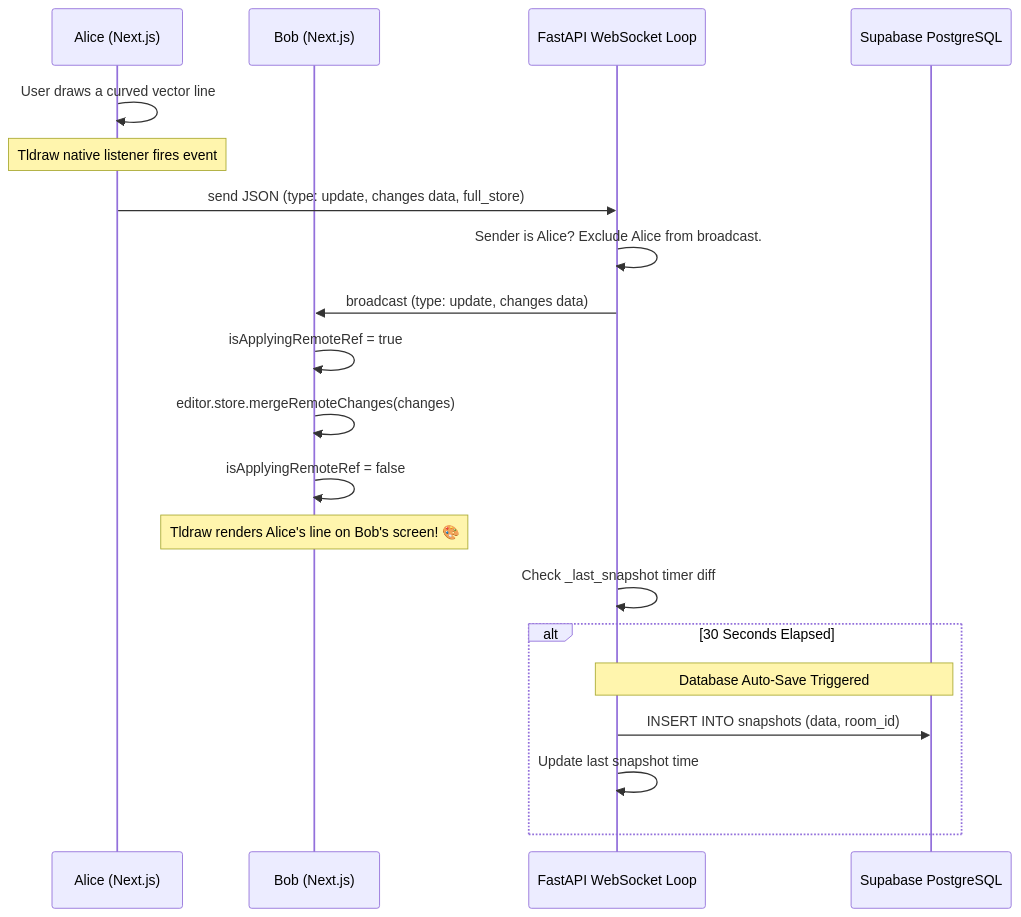
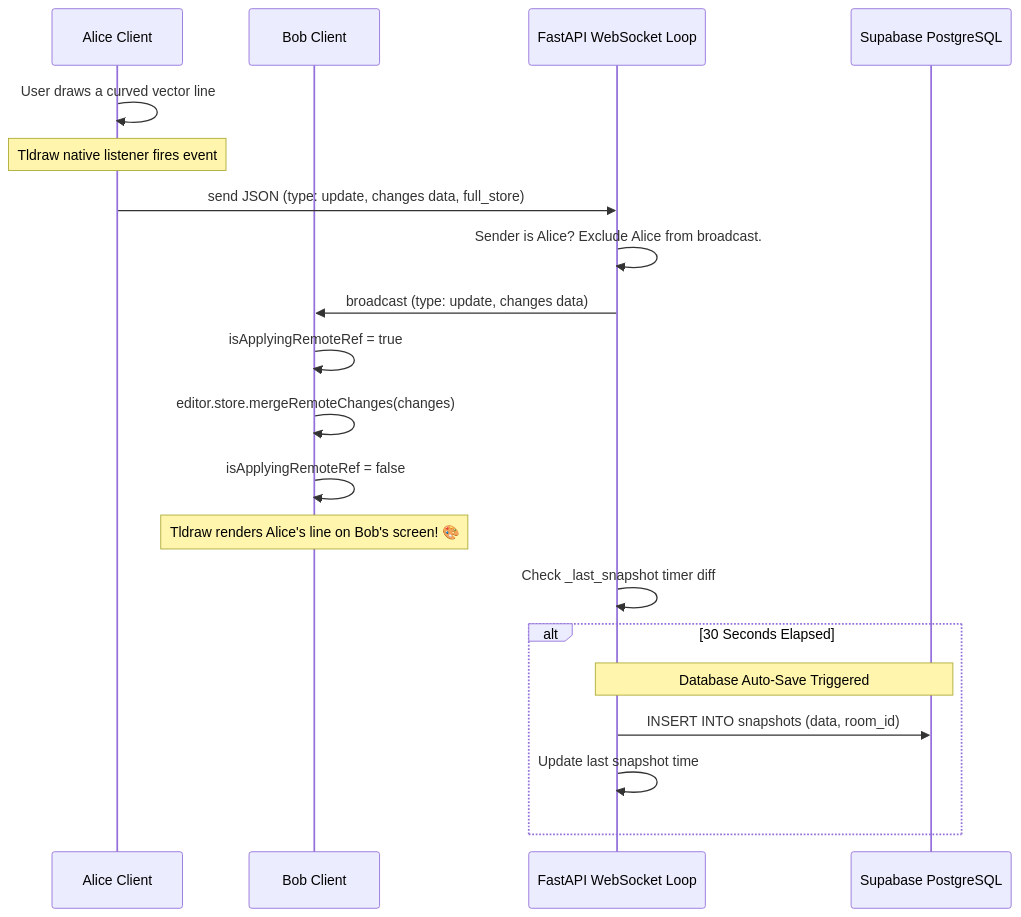
The third of 3 diagrams in devlog.md (alexli8408/CoWhiteboard), drawn with Mermaid before and after one commit. The commit also changed other lines of this file, not shown here.

Commit message:
fix: resolve mermaid sequence diagram syntax errors again

````diff
--- a/devlog.md
+++ b/devlog.md
@@ -208,26 +208,26 @@
 ```mermaid
 sequenceDiagram
-    participant Alice as Alice (Next.js)
-    participant Bob as Bob (Next.js)
+    participant Alice as Alice Client
+    participant Bob as Bob Client
     participant Server as FastAPI WebSocket Loop
     participant DB as Supabase PostgreSQL
 
     Alice->>Alice: User draws a curved vector line
     Note over Alice: Tldraw native listener fires event
     Alice->>Server: send JSON (type: update, changes data, full_store)
 
     Server->>Server: Sender is Alice? Exclude Alice from broadcast.
     Server->>Bob: broadcast (type: update, changes data)
 
     Bob->>Bob: isApplyingRemoteRef = true
     Bob->>Bob: editor.store.mergeRemoteChanges(changes)
     Bob->>Bob: isApplyingRemoteRef = false
     Note over Bob: Tldraw renders Alice's line on Bob's screen! 🎨
 
     Server->>Server: Check _last_snapshot timer diff
     alt 30 Seconds Elapsed
         Note over Server,DB: Database Auto-Save Triggered
         Server->>DB: INSERT INTO snapshots (data, room_id)
         Server->>Server: Update last snapshot time
     end
 ```
````
